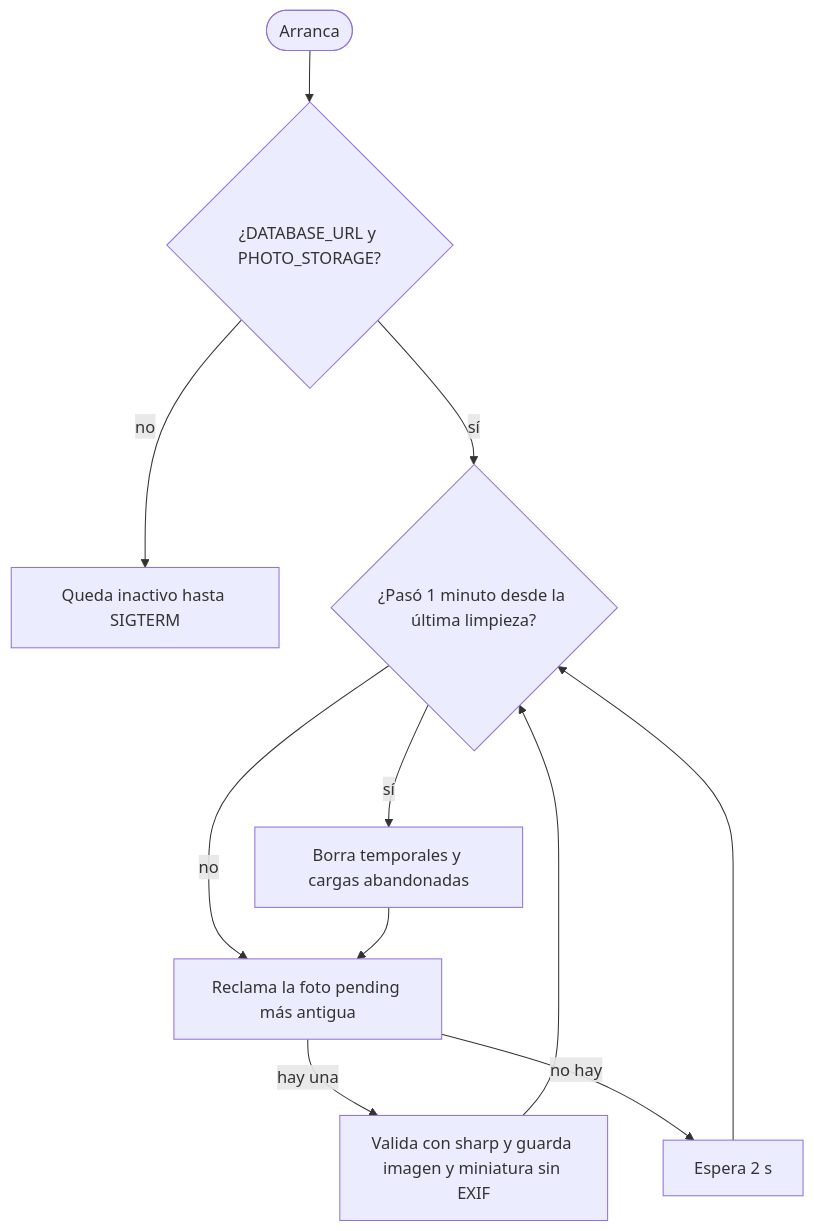
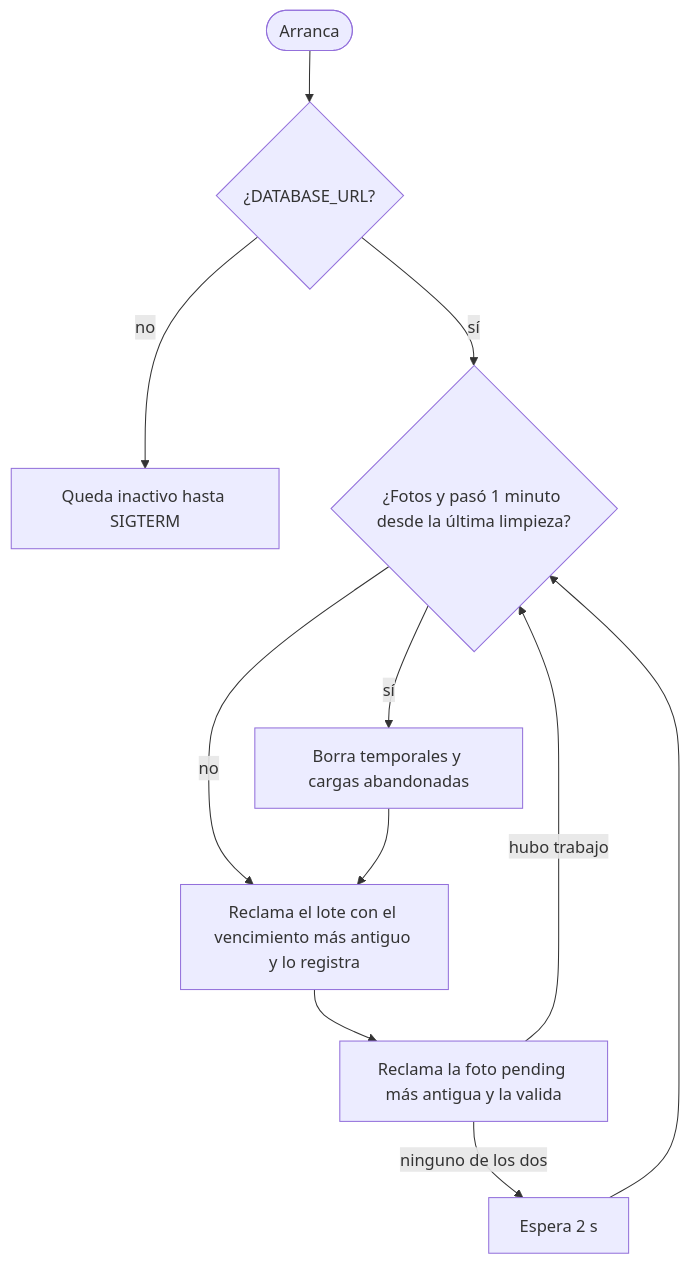
The second of 3 diagrams in docs/arquitectura/arquitectura.md (ClemoAcevedo/rescate), drawn with Mermaid before and after one commit. The commit also changed other lines of this file and 38 other files, not shown here.

````diff
--- a/docs/arquitectura/arquitectura.md
+++ b/docs/arquitectura/arquitectura.md
@@ -124,12 +126,12 @@
 ```mermaid
 flowchart TD
-  inicio([Arranca]) --> config{¿DATABASE_URL y PHOTO_STORAGE?}
+  inicio([Arranca]) --> config{¿DATABASE_URL?}
   config -- no --> inactivo[Queda inactivo hasta SIGTERM]
-  config -- sí --> limpieza{¿Pasó 1 minuto desde la última limpieza?}
+  config -- sí --> limpieza{¿Fotos y pasó 1 minuto desde la última limpieza?}
   limpieza -- sí --> limpiar[Borra temporales y cargas abandonadas]
-  limpieza -- no --> reclamar
-  limpiar --> reclamar[Reclama la foto pending más antigua]
-  reclamar -- hay una --> procesar[Valida con sharp y guarda imagen y miniatura sin EXIF]
-  procesar --> limpieza
-  reclamar -- no hay --> espera[Espera 2 s] --> limpieza
+  limpieza -- no --> vencer
+  limpiar --> vencer[Reclama el lote con el vencimiento más antiguo y lo registra]
+  vencer --> foto[Reclama la foto pending más antigua y la valida]
+  foto -- hubo trabajo --> limpieza
+  foto -- ninguno de los dos --> espera[Espera 2 s] --> limpieza
 ```
````
